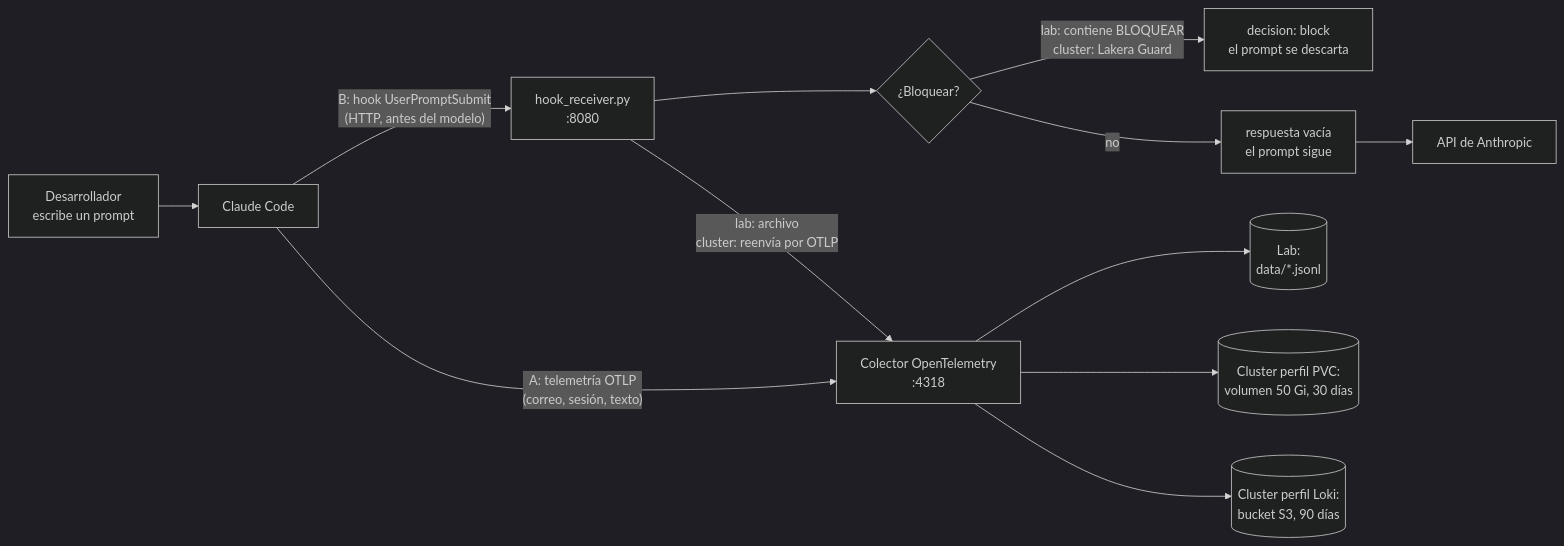
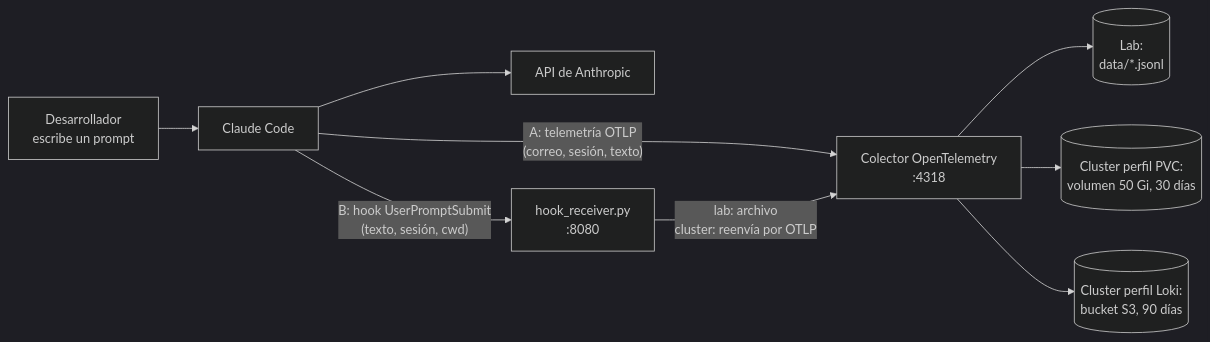
Before and after one commit to danihrndzld/claude-code-prompt-monitor: the diagram in README.md, drawn with Mermaid (dark theme). The commit also changed other lines of this file and 8 other files, not shown here.

Commit message:
main solo registra: el bloqueo (BLOQUEAR, Lakera) pasa a la rama bloqueo; prompt-guard ahora es prompt-logger

````diff
--- a/README.md
+++ b/README.md
@@ -9,18 +11,14 @@
 ```mermaid
 flowchart LR
     U["Desarrollador<br/>escribe un prompt"] --> CC["Claude Code"]
+    CC --> API["API de Anthropic"]
 
     CC -- "A: telemetría OTLP<br/>(correo, sesión, texto)" --> COL["Colector OpenTelemetry<br/>:4318"]
-    CC -- "B: hook UserPromptSubmit<br/>(HTTP, antes del modelo)" --> HR["hook_receiver.py<br/>:8080"]
-
-    HR --> D{"¿Bloquear?"}
-    D -- "lab: contiene BLOQUEAR<br/>cluster: Lakera Guard" --> BLK["decision: block<br/>el prompt se descarta"]
-    D -- "no" --> OK["respuesta vacía<br/>el prompt sigue"]
-    OK --> API["API de Anthropic"]
+    CC -- "B: hook UserPromptSubmit<br/>(texto, sesión, cwd)" --> HR["hook_receiver.py<br/>:8080"]
 
     HR -- "lab: archivo<br/>cluster: reenvía por OTLP" --> COL
 
     COL --> S1[("Lab:<br/>data/*.jsonl")]
     COL --> S2[("Cluster perfil PVC:<br/>volumen 50 Gi, 30 días")]
     COL --> S3[("Cluster perfil Loki:<br/>bucket S3, 90 días")]
 ```
````
